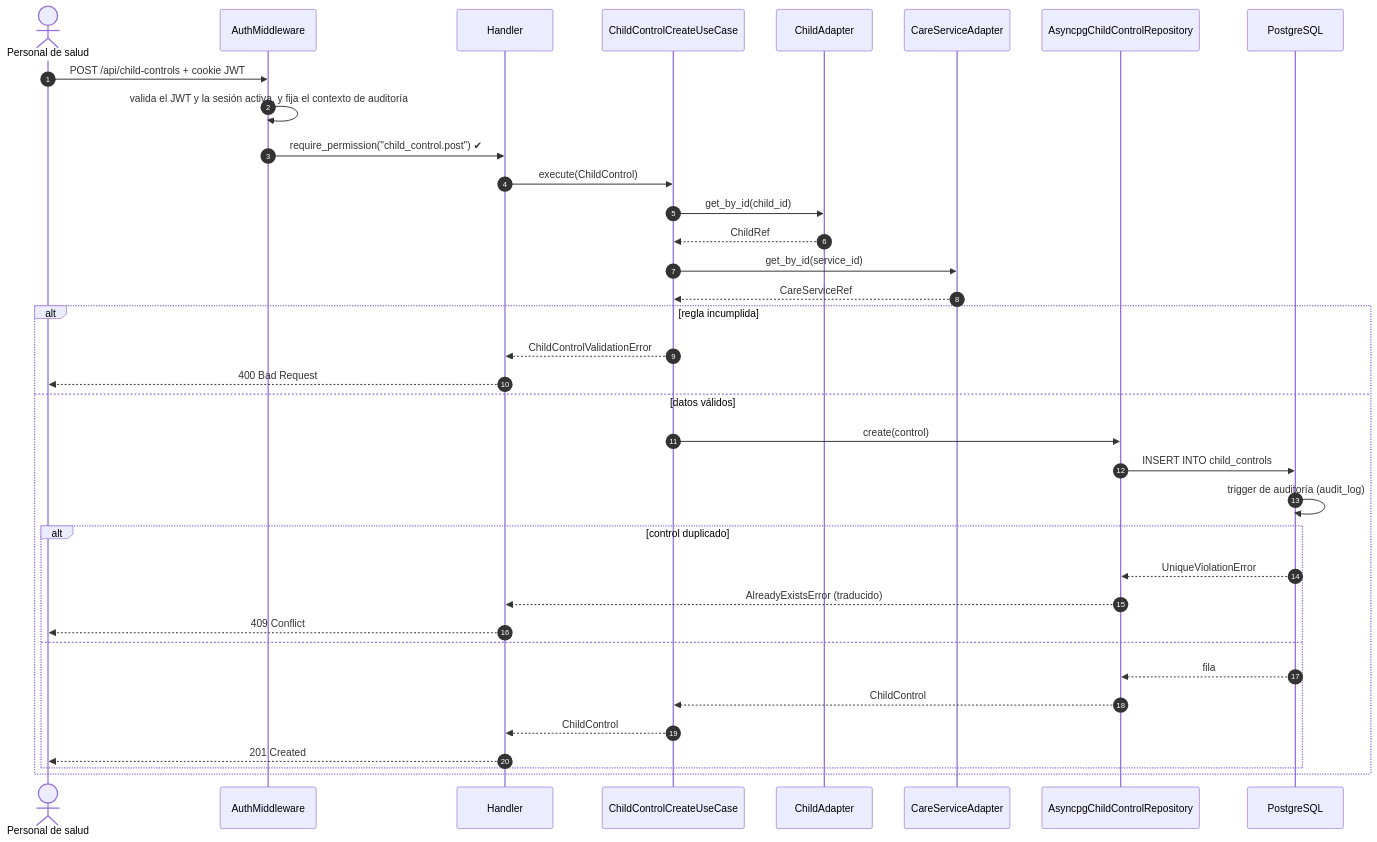
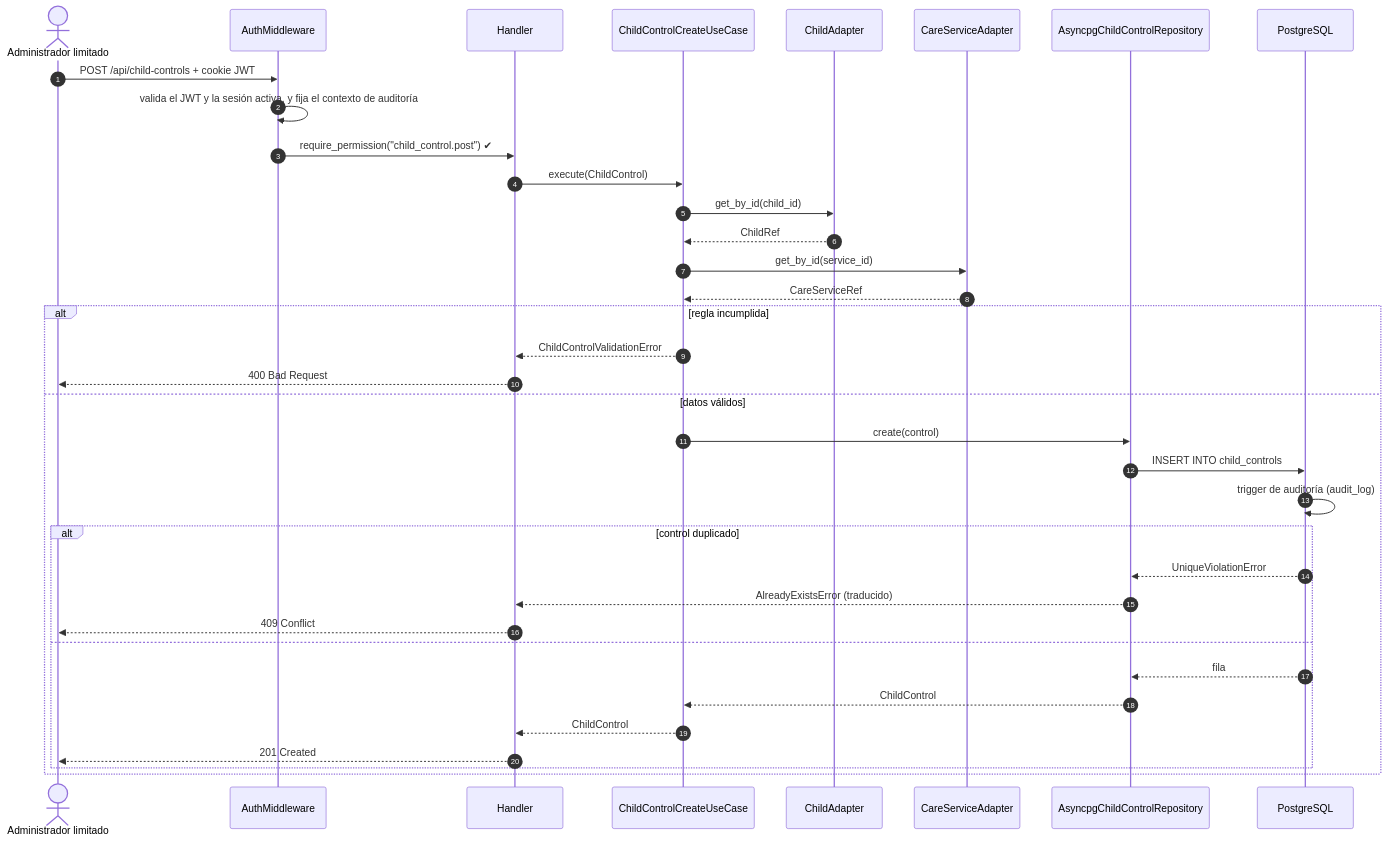
Before and after one commit to germanAmiqueroPeralta/SPRINT1: the second of 2 diagrams in docs/04-modelo-c4/nivel-4-codigo.md, drawn with Mermaid. The commit also changed 19 other files, not shown here.

````diff
--- a/docs/04-modelo-c4/nivel-4-codigo.md
+++ b/docs/04-modelo-c4/nivel-4-codigo.md
@@ -150,39 +150,39 @@
 ```mermaid
 sequenceDiagram
     autonumber
-    actor PS as Personal de salud
+    actor PS as Administrador limitado
     participant MW as AuthMiddleware
     participant H as Handler
     participant UC as ChildControlCreateUseCase
     participant CA as ChildAdapter
     participant SA as CareServiceAdapter
     participant R as AsyncpgChildControlRepository
     participant DB as PostgreSQL
 
     PS->>MW: POST /api/child-controls + cookie JWT
     MW->>MW: valida el JWT y la sesión activa, y fija el contexto de auditoría
     MW->>H: require_permission("child_control.post") ✔
     H->>UC: execute(ChildControl)
     UC->>CA: get_by_id(child_id)
     CA-->>UC: ChildRef
     UC->>SA: get_by_id(service_id)
     SA-->>UC: CareServiceRef
     alt regla incumplida
         UC-->>H: ChildControlValidationError
         H-->>PS: 400 Bad Request
     else datos válidos
         UC->>R: create(control)
         R->>DB: INSERT INTO child_controls
         DB->>DB: trigger de auditoría (audit_log)
         alt control duplicado
             DB-->>R: UniqueViolationError
             R-->>H: AlreadyExistsError (traducido)
             H-->>PS: 409 Conflict
         else
             DB-->>R: fila
             R-->>UC: ChildControl
             UC-->>H: ChildControl
             H-->>PS: 201 Created
         end
     end
 ```
````
